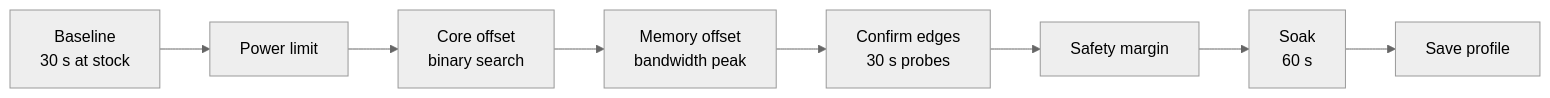
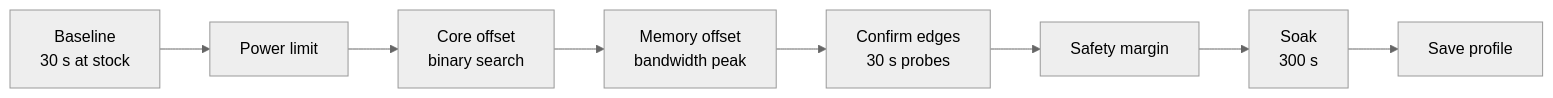
The diagram in README.md (Rovey/gpu-auto-optimizer), drawn with Mermaid (neutral theme) before and after one commit. The commit also changed other lines of this file and 2 other files, not shown here.

Commit message:
docs: per-card search range, 300 s soak, hardware checks 46-50 (to be run)

````diff
--- a/README.md
+++ b/README.md
@@ -70,10 +70,10 @@
 ```mermaid
 flowchart LR
     A[Baseline<br/>30 s at stock] --> B[Power limit]
     B --> C[Core offset<br/>binary search]
     C --> D[Memory offset<br/>bandwidth peak]
     D --> E[Confirm edges<br/>30 s probes]
     E --> F[Safety margin]
-    F --> G[Soak<br/>60 s]
+    F --> G[Soak<br/>300 s]
     G --> H[Save profile]
 ```
````
